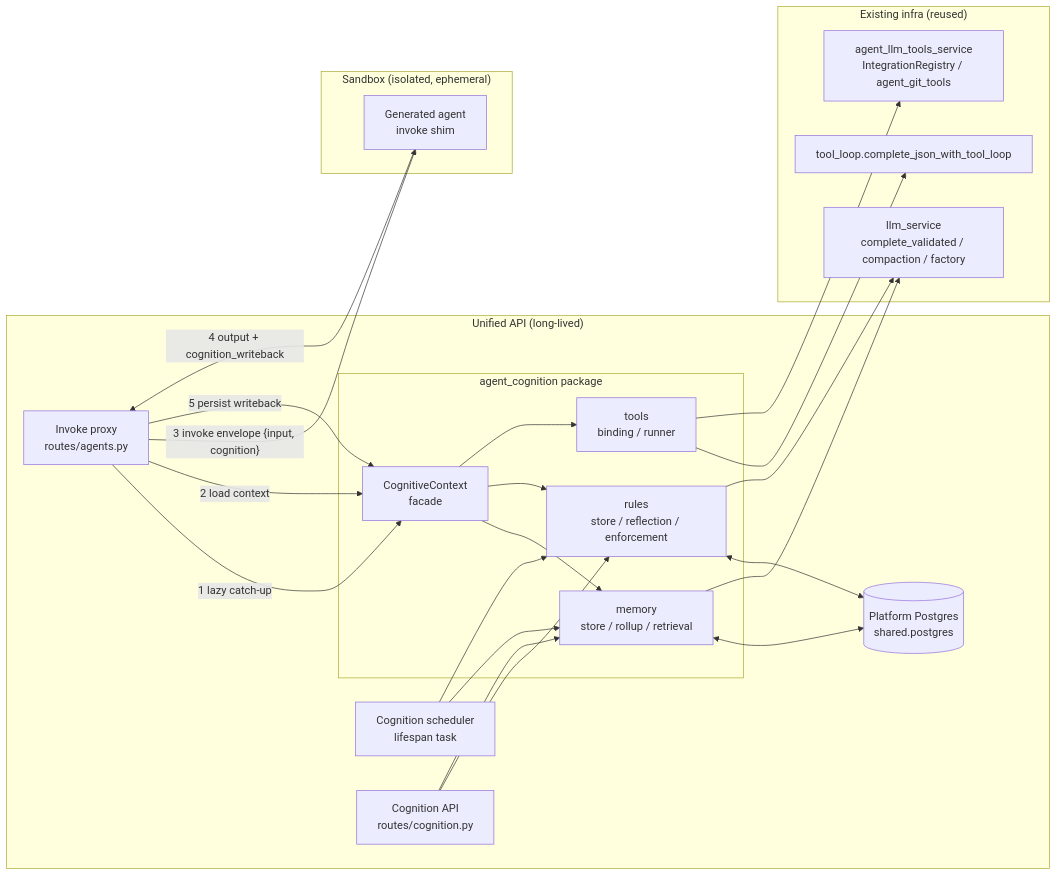
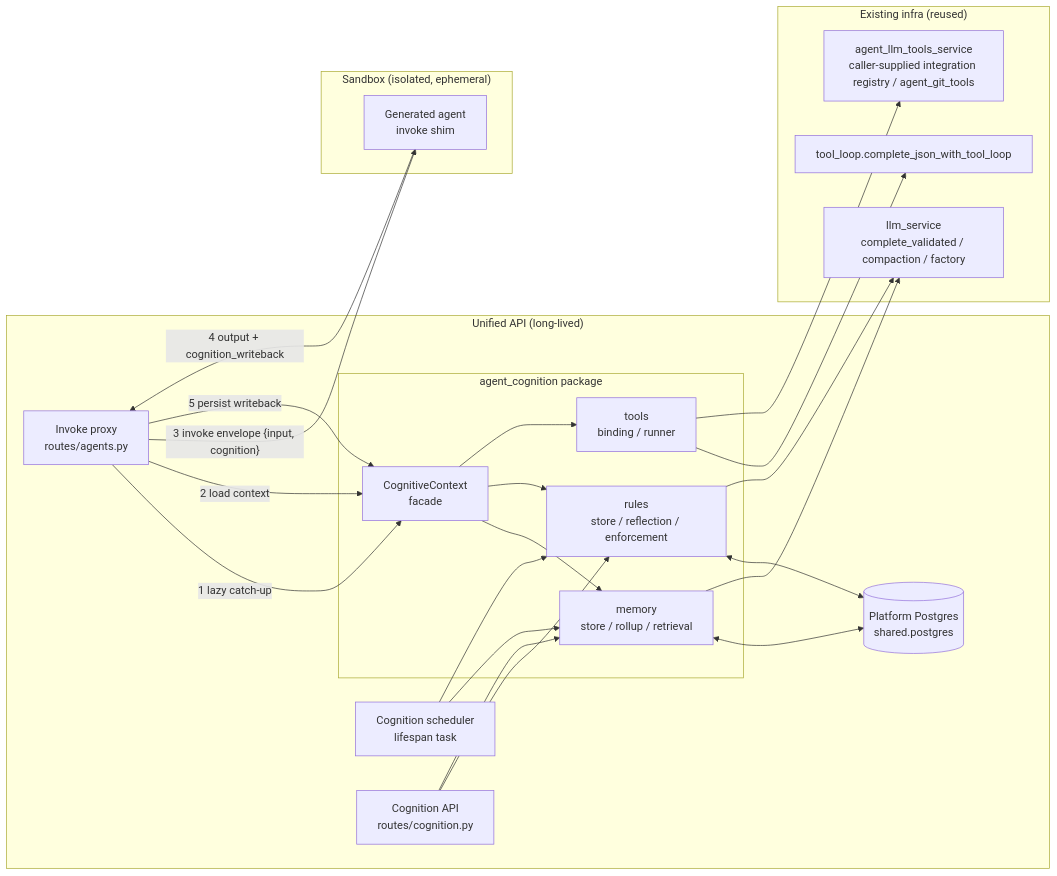
Before and after one commit to brandonkindred/Khala-Agentic-AI-Teams: the second of 6 diagrams in backend/agents/agent_cognition/DESIGN.md, drawn with Mermaid. The commit also changed other lines of this file and 6 other files, not shown here.

First line of the commit message:
Update agent_cognition docs to stop referencing deleted IntegrationRegistry

````diff
--- a/backend/agents/agent_cognition/DESIGN.md
+++ b/backend/agents/agent_cognition/DESIGN.md
@@ -110,41 +110,41 @@
 ```mermaid
 flowchart LR
   subgraph Platform["Unified API (long-lived)"]
     PX[Invoke proxy<br/>routes/agents.py]
     SCH[Cognition scheduler<br/>lifespan task]
     HITL[Cognition API<br/>routes/cognition.py]
     subgraph CC["agent_cognition package"]
       CTX[CognitiveContext<br/>facade]
       MEM[memory<br/>store / rollup / retrieval]
       RUL[rules<br/>store / reflection / enforcement]
       TLS[tools<br/>binding / runner]
     end
     PG[(Platform Postgres<br/>shared.postgres)]
   end
 
   subgraph Ext["Existing infra (reused)"]
     LLM[llm_service<br/>complete_validated / compaction / factory]
-    REG[agent_llm_tools_service<br/>IntegrationRegistry / agent_git_tools]
+    REG[agent_llm_tools_service<br/>caller-supplied integration registry / agent_git_tools]
     LOOP[tool_loop.complete_json_with_tool_loop]
   end
 
   subgraph SB["Sandbox (isolated, ephemeral)"]
     AG[Generated agent<br/>invoke shim]
   end
 
   PX -- "1 lazy catch-up" --> CTX
   PX -- "2 load context" --> CTX
   PX -- "3 invoke envelope {input, cognition}" --> AG
   AG -- "4 output + cognition_writeback" --> PX
   PX -- "5 persist writeback" --> CTX
 
   CTX --> MEM & RUL & TLS
   MEM <--> PG
   RUL <--> PG
   TLS --> LOOP
   MEM --> LLM
   RUL --> LLM
   TLS --> REG
   SCH --> MEM & RUL
   HITL --> RUL & MEM
 ```
````
